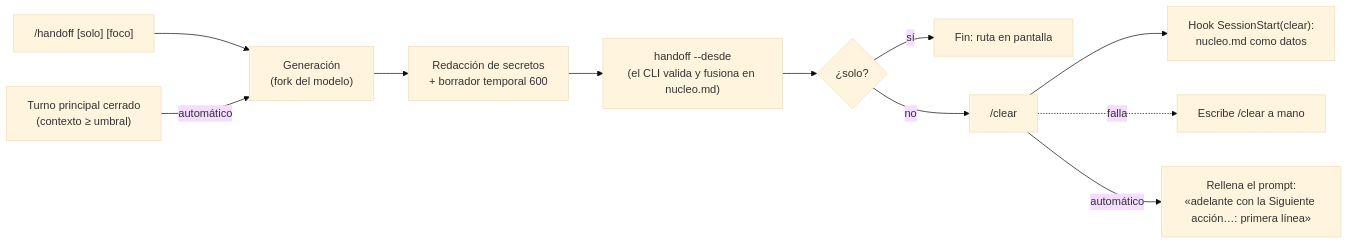
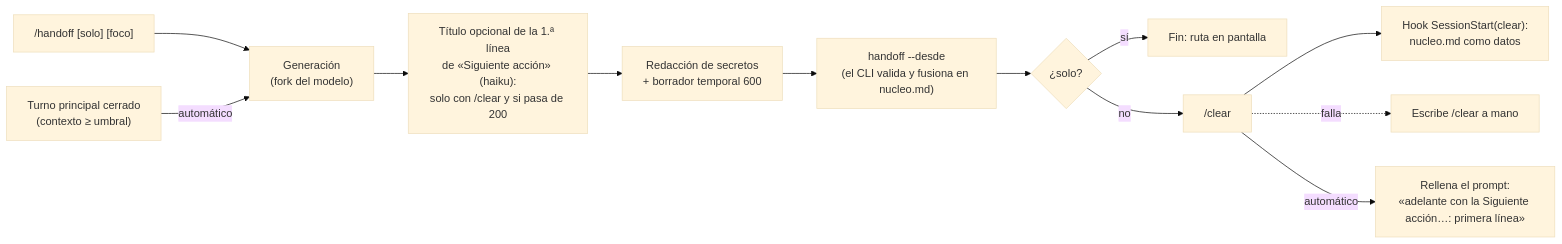
Before and after one commit to manuelcozar55/setup-claude-code: the diagram in kit/docs/11-cockpit.md, drawn with Mermaid (base theme). The commit also changed other lines of this file and 3 other files, not shown here.

````diff
--- a/kit/docs/11-cockpit.md
+++ b/kit/docs/11-cockpit.md
@@ -88,13 +88,14 @@
 ```mermaid
 flowchart LR
   A["/handoff [solo] [foco]"] --> B["Generación<br/>(fork del modelo)"]
-  B --> C["Redacción de secretos<br/>+ borrador temporal 600"]
+  B --> B2["Título opcional de la 1.ª línea<br/>de «Siguiente acción» (haiku):<br/>solo con /clear y si pasa de 200"]
+  B2 --> C["Redacción de secretos<br/>+ borrador temporal 600"]
   C --> D["handoff --desde<br/>(el CLI valida y fusiona en nucleo.md)"]
   D --> E{"¿solo?"}
   E -->|"sí"| F["Fin: ruta en pantalla"]
   E -->|"no"| G["/clear"]
   G --> H["Hook SessionStart(clear):<br/>nucleo.md como datos"]
   G -.->|"falla"| I["Escribe /clear a mano"]
   T["Turno principal cerrado<br/>(contexto ≥ umbral)"] -->|"automático"| B
   G -->|"automático"| P["Rellena el prompt:<br/>«adelante con la Siguiente acción…: primera línea»"]
 ```
````
